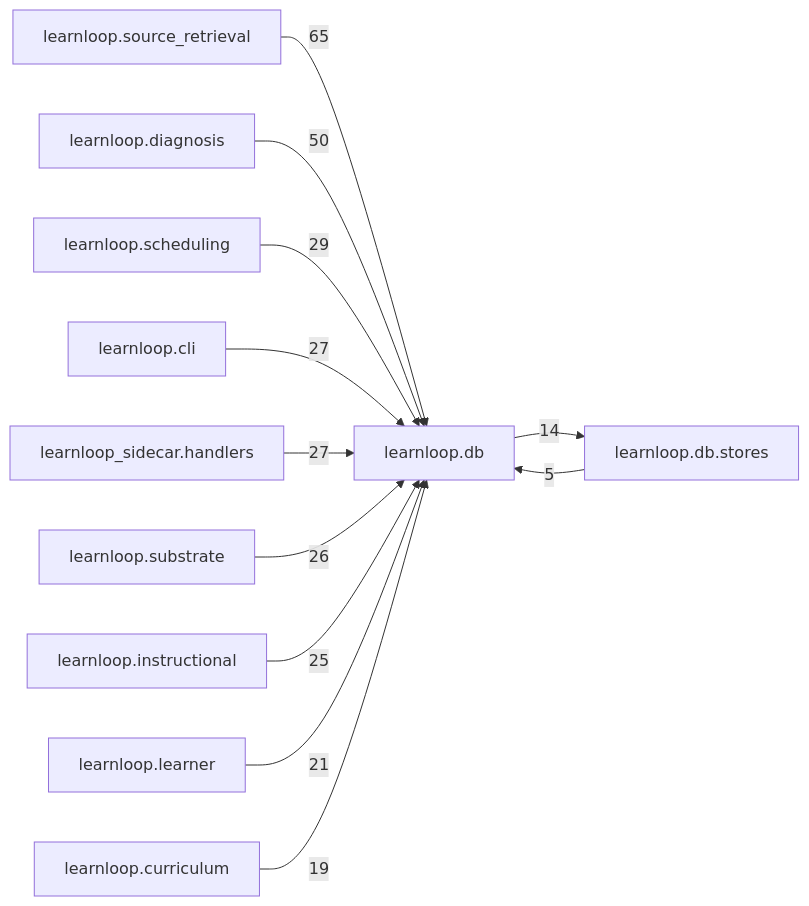
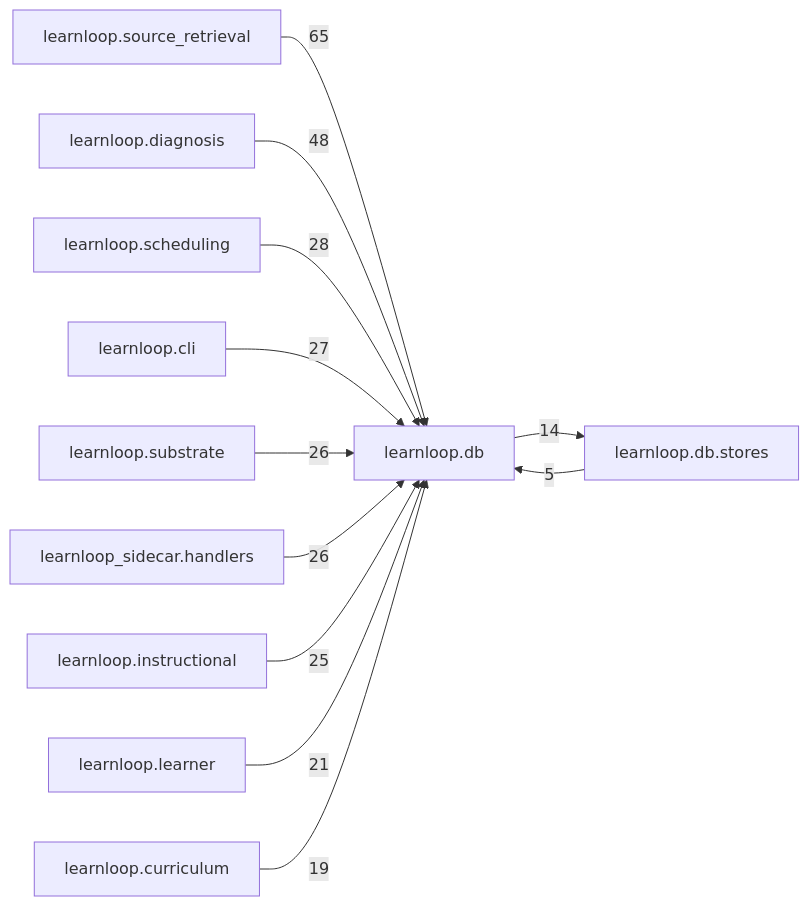
One commit to 6up-b/learnanything changed the diagram in docs/learnloop-architecture-vault/Reference/Modules/learnloop/db/_package.md. Above: the diagram before and after it, drawn with Mermaid. The commit also changed other lines of this file and 93 other files, not shown here.

````diff
--- a/docs/learnloop-architecture-vault/Reference/Modules/learnloop/db/_package.md
+++ b/docs/learnloop-architecture-vault/Reference/Modules/learnloop/db/_package.md
@@ -138,25 +138,25 @@
 ```mermaid
 flowchart LR
     center["learnloop.db"]
     n_learnloop_source_retrieval["learnloop.source_retrieval"]
     n_learnloop_diagnosis["learnloop.diagnosis"]
     n_learnloop_scheduling["learnloop.scheduling"]
     n_learnloop_cli["learnloop.cli"]
+    n_learnloop_substrate["learnloop.substrate"]
     n_learnloop_sidecar_handlers["learnloop_sidecar.handlers"]
-    n_learnloop_substrate["learnloop.substrate"]
     n_learnloop_instructional["learnloop.instructional"]
     n_learnloop_learner["learnloop.learner"]
     n_learnloop_curriculum["learnloop.curriculum"]
     n_learnloop_db_stores["learnloop.db.stores"]
     n_learnloop_source_retrieval -->|65| center
-    n_learnloop_diagnosis -->|50| center
-    n_learnloop_scheduling -->|29| center
+    n_learnloop_diagnosis -->|48| center
+    n_learnloop_scheduling -->|28| center
     n_learnloop_cli -->|27| center
-    n_learnloop_sidecar_handlers -->|27| center
     n_learnloop_substrate -->|26| center
+    n_learnloop_sidecar_handlers -->|26| center
     n_learnloop_instructional -->|25| center
     n_learnloop_learner -->|21| center
     n_learnloop_curriculum -->|19| center
     n_learnloop_db_stores -->|5| center
     center -->|14| n_learnloop_db_stores
 ```
````
